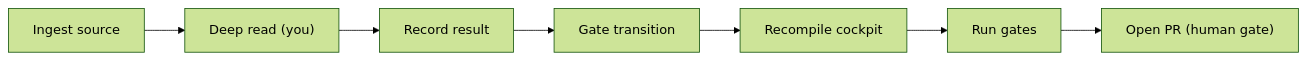
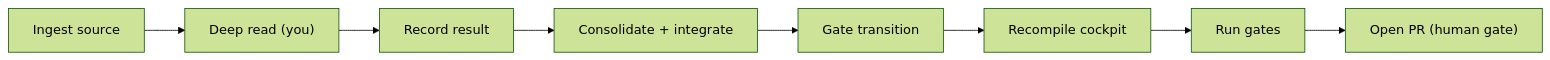
One commit to kimlage/wiki-viva-kit changed the diagram in .skills/wiki-viva/reference/operating.md. Above: the diagram before and after it, drawn with Mermaid (forest theme). The commit also changed other lines of this file and 23 other files, not shown here.

````diff
--- a/.skills/wiki-viva/reference/operating.md
+++ b/.skills/wiki-viva/reference/operating.md
@@ -8,9 +8,10 @@
 ```mermaid
 flowchart LR
     A["Ingest source"] --> B["Deep read (you)"]
     B --> C["Record result"]
-    C --> D["Gate transition"]
+    C --> CI["Consolidate + integrate"]
+    CI --> D["Gate transition"]
     D --> E["Recompile cockpit"]
     E --> F["Run gates"]
     F --> G["Open PR (human gate)"]
 ```
````
